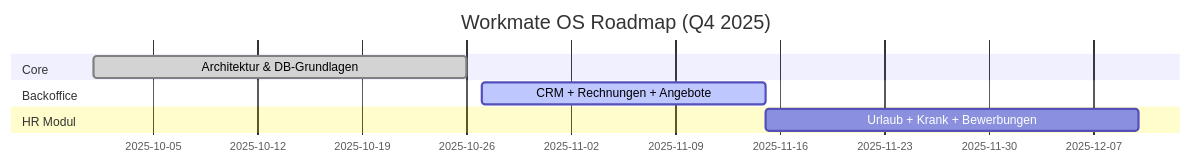
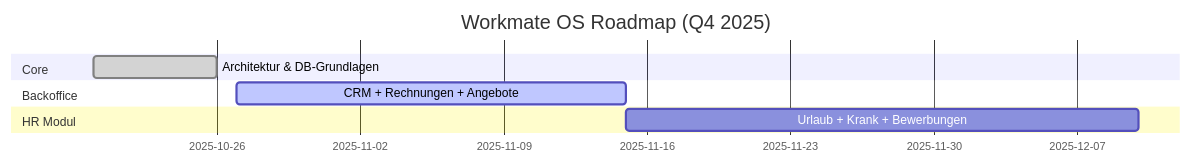
The first of 2 diagrams in docs/roadmap/status_2025_10_28_v01.md (K-I-T-Solutions/workmate_os), drawn with Mermaid before and after one commit. The commit also changed other lines of this file and 43 other files, not shown here.

````diff
--- a/docs/roadmap/status_2025_10_28_v01.md
+++ b/docs/roadmap/status_2025_10_28_v01.md
@@ -82,11 +81,11 @@
 ```mermaid
 gantt
     dateFormat  YYYY-MM-DD
     title Workmate OS Roadmap (Q4 2025)
     section Core
-    Architektur & DB-Grundlagen :done, core1, 2025-10-01, 2025-10-26
+    Architektur & DB-Grundlagen :done, core1, 2025-10-20, 2025-10-26
     section Backoffice
     CRM + Rechnungen + Angebote :active, back1, 2025-10-27, 2025-11-15
     section HR Modul
     Urlaub + Krank + Bewerbungen :hr1, 2025-11-15, 2025-12-10
 ```
````
